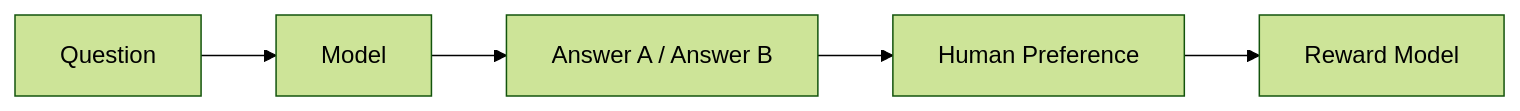
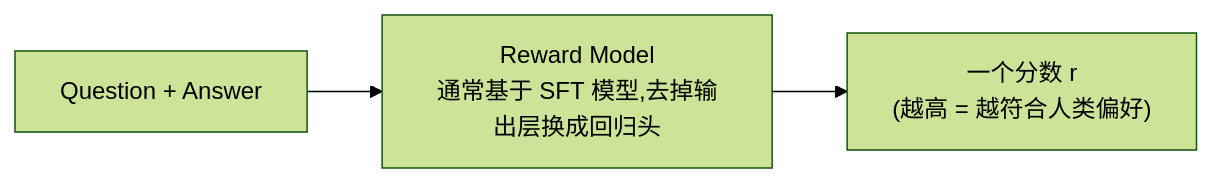
Before and after one commit to AI-learning-simple/Build-Your-Own-LLM: the first of 3 diagrams in 2. Alignment 与训练工程/3. Preference Learning——模型如何学会人类真正喜欢的回答？.md, drawn with Mermaid (forest theme). The commit also changed other lines of this file and 41 other files, not shown here.

````diff
--- a/2. Alignment 与训练工程/3. Preference Learning——模型如何学会人类真正喜欢的回答？.md
+++ b/2. Alignment 与训练工程/3. Preference Learning——模型如何学会人类真正喜欢的回答？.md
@@ -49,4 +48,4 @@
 ```mermaid
 flowchart LR
-    A[Question] --> B[Model] --> C["Answer A / Answer B"] --> D[Human Preference] --> E[Reward Model]
+    A[Question + Answer] --> B[Reward Model<br/>通常基于 SFT 模型,去掉输出层换成回归头] --> C["一个分数 r<br/>(越高 = 越符合人类偏好)"]
 ```
````
